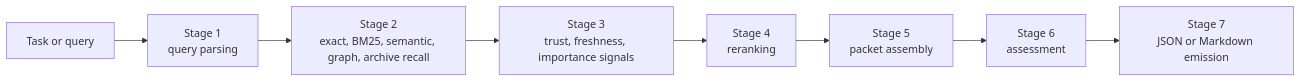
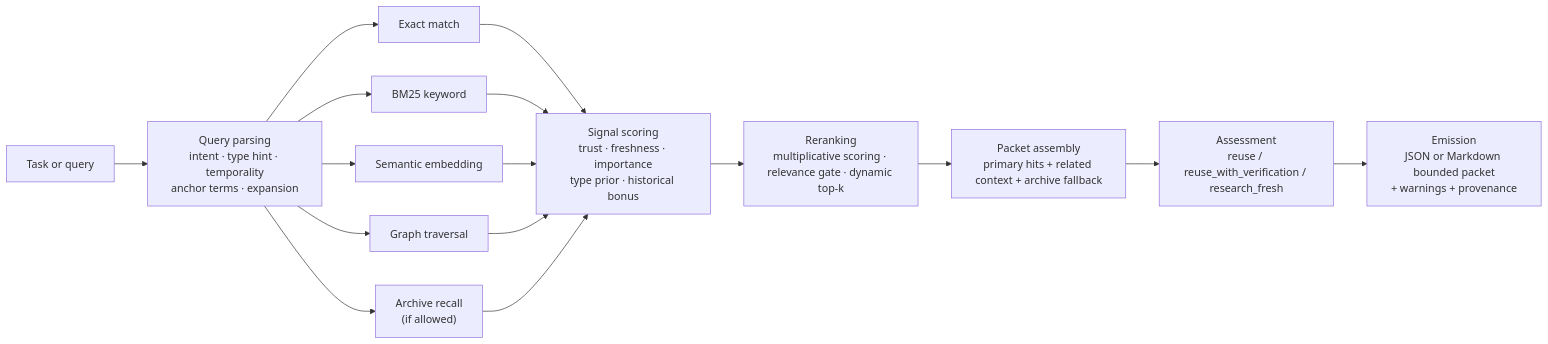
One commit to Jianyu010/MnemonicOS changed the third of 4 diagrams in README.md. Above: the diagram before and after it, drawn with Mermaid. The commit also changed other lines of this file and 14 other files, not shown here.

````diff
--- a/README.md
+++ b/README.md
@@ -109,10 +109,21 @@
 ```mermaid
 flowchart LR
-    A["Task or query"] --> B["Stage 1<br/>query parsing"]
-    B --> C["Stage 2<br/>exact, BM25, semantic, graph, archive recall"]
-    C --> D["Stage 3<br/>trust, freshness, importance signals"]
-    D --> E["Stage 4<br/>reranking"]
-    E --> F["Stage 5<br/>packet assembly"]
-    F --> G["Stage 6<br/>assessment"]
-    G --> H["Stage 7<br/>JSON or Markdown emission"]
+    A["Task or query"] --> B["Query parsing<br/>intent · type hint · temporality<br/>anchor terms · expansion"]
+
+    B --> C1["Exact match"]
+    B --> C2["BM25 keyword"]
+    B --> C3["Semantic embedding"]
+    B --> C4["Graph traversal"]
+    B --> C5["Archive recall<br/>(if allowed)"]
+
+    C1 --> D["Signal scoring<br/>trust · freshness · importance<br/>type prior · historical bonus"]
+    C2 --> D
+    C3 --> D
+    C4 --> D
+    C5 --> D
+
+    D --> E["Reranking<br/>multiplicative scoring · relevance gate · dynamic top-k"]
+    E --> F["Packet assembly<br/>primary hits + related context + archive fallback"]
+    F --> G["Assessment<br/>reuse / reuse_with_verification / research_fresh"]
+    G --> H["Emission<br/>JSON or Markdown bounded packet<br/>+ warnings + provenance"]
 ```
````
